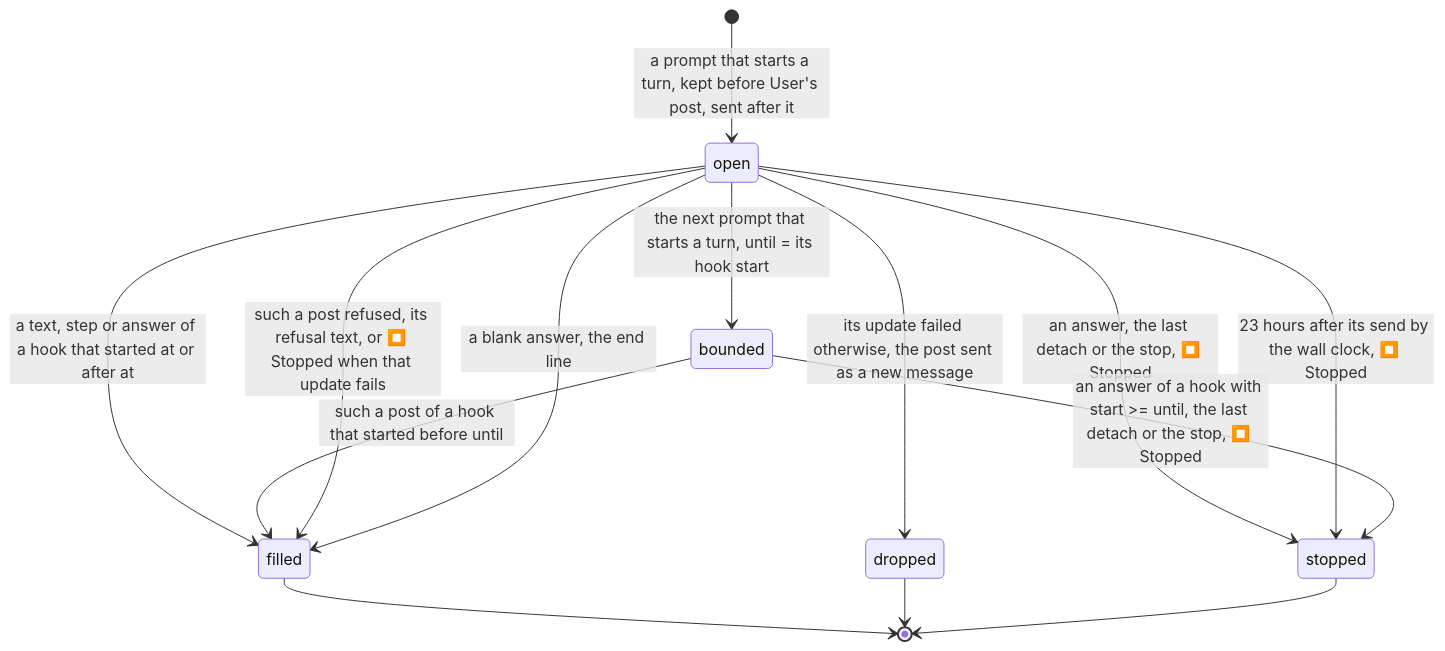
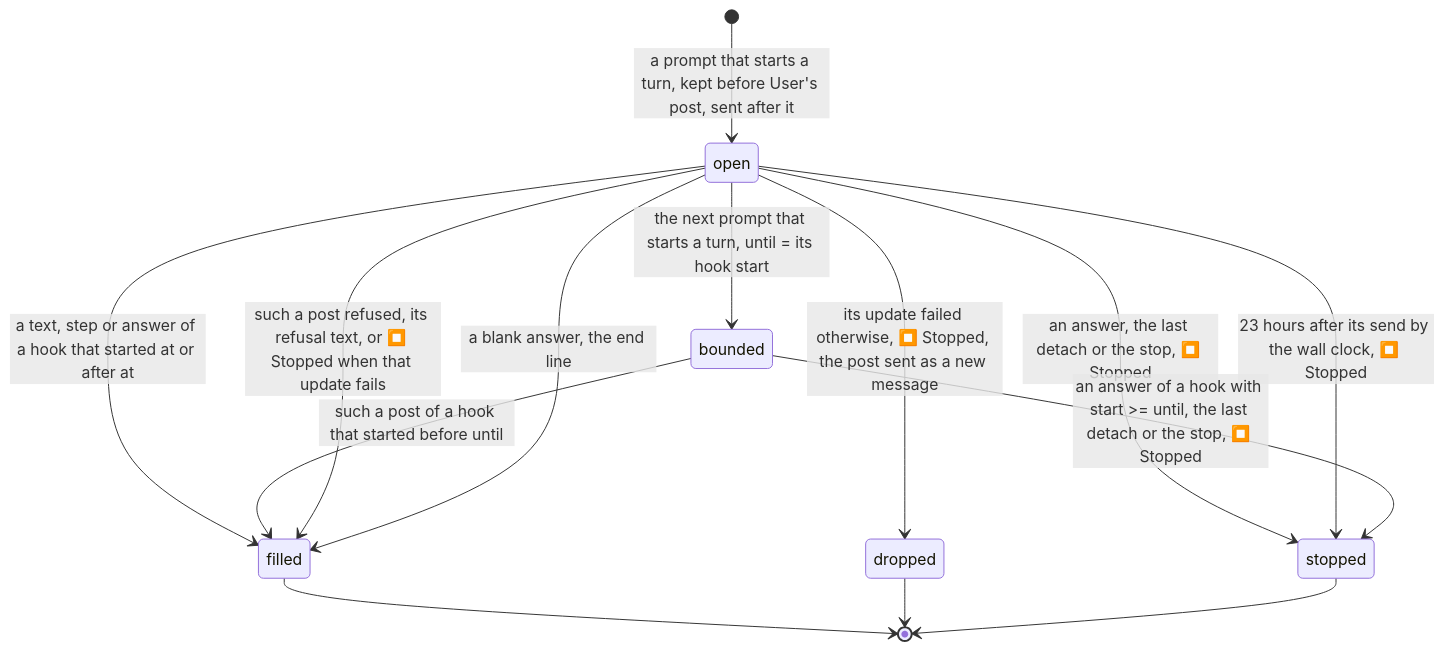
Before and after one commit to simplex-chat/simplex-chat: the fourth of 4 diagrams in plans/2026-11-13-mcp-live-answers.md, drawn with Mermaid. The commit also changed other lines of this file and 6 other files, not shown here.

First line of the commit message:
mcp: a dropped opening message ends with ⏹️ Stopped

````diff
--- a/plans/2026-11-13-mcp-live-answers.md
+++ b/plans/2026-11-13-mcp-live-answers.md
@@ -420,16 +420,16 @@
 ```mermaid
 stateDiagram-v2
   [*] --> open: a prompt that starts a turn, kept before User's post, sent after it
   open --> bounded: the next prompt that starts a turn, until = its hook start
   open --> filled: a text, step or answer of a hook that started at or after at
   bounded --> filled: such a post of a hook that started before until
   open --> filled: such a post refused, its refusal text, or ⏹️ Stopped when that update fails
   open --> filled: a blank answer, the end line
-  open --> dropped: its update failed otherwise, the post sent as a new message
+  open --> dropped: its update failed otherwise, ⏹️ Stopped, the post sent as a new message
   open --> stopped: an answer, the last detach or the stop, ⏹️ Stopped
   open --> stopped: 23 hours after its send by the wall clock, ⏹️ Stopped
   bounded --> stopped: an answer of a hook with start >= until, the last detach or the stop, ⏹️ Stopped
   filled --> [*]
   dropped --> [*]
   stopped --> [*]
 ```
````
